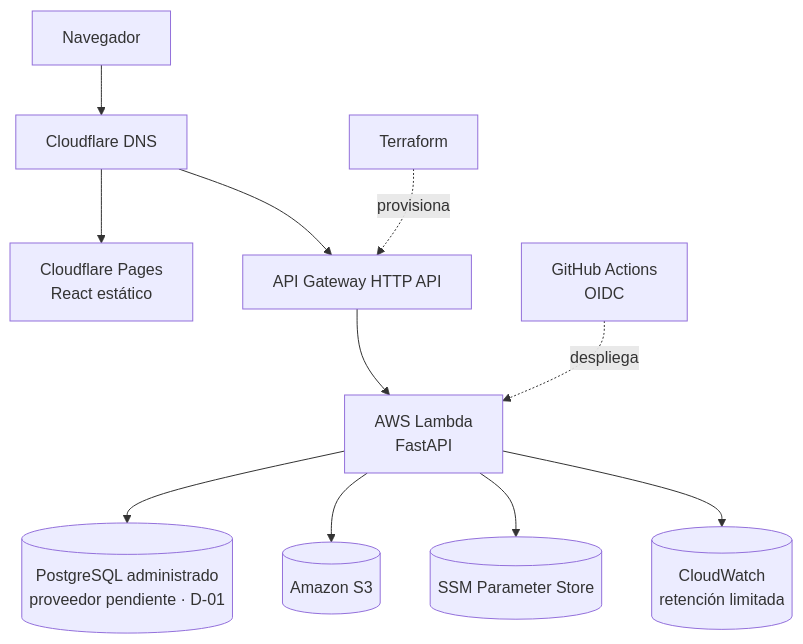
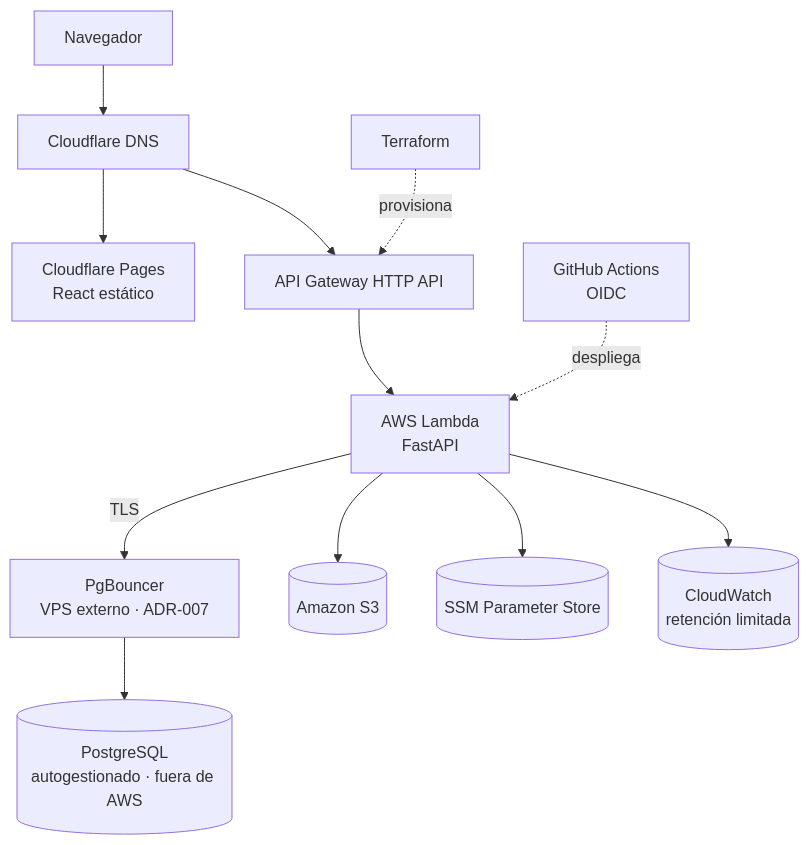
Before and after one commit to jeffersondavila/personal-blog-infra: the third of 5 diagrams in docs/architecture/aws-local-parity.md, drawn with Mermaid. The commit also changed other lines of this file and 19 other files, not shown here.

First line of the commit message:
Task/005.3 - Definir PostgreSQL de produccion en VPS externo

````diff
--- a/docs/architecture/aws-local-parity.md
+++ b/docs/architecture/aws-local-parity.md
@@ -120,13 +122,14 @@
 ```mermaid
 flowchart TD
     NAV["Navegador"] --> CF["Cloudflare DNS"]
     CF --> PAGES["Cloudflare Pages<br/>React estático"]
     CF --> AGW["API Gateway HTTP API"]
     AGW --> LMB["AWS Lambda<br/>FastAPI"]
-    LMB --> DB[("PostgreSQL administrado<br/>proveedor pendiente · D-01")]
+    LMB -->|"TLS"| PGB["PgBouncer<br/>VPS externo · ADR-007"]
+    PGB --> DB[("PostgreSQL<br/>autogestionado · fuera de AWS")]
     LMB --> S3[("Amazon S3")]
     LMB --> SSM[("SSM Parameter Store")]
     LMB --> CW[("CloudWatch<br/>retención limitada")]
     TFC["Terraform"] -.provisiona.-> AGW
     GHA["GitHub Actions<br/>OIDC"] -.despliega.-> LMB
 ```
````
